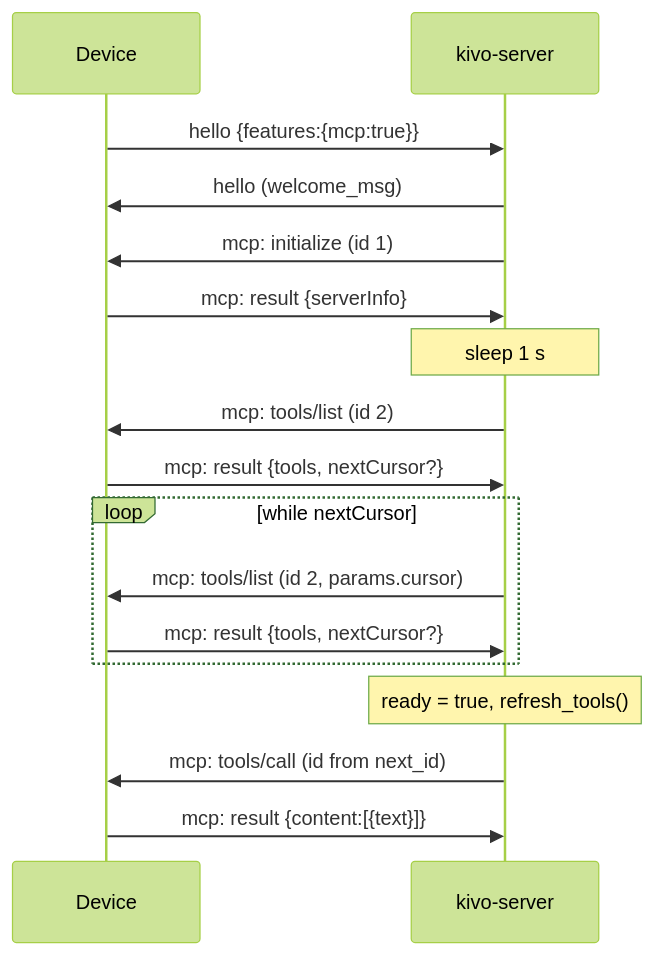
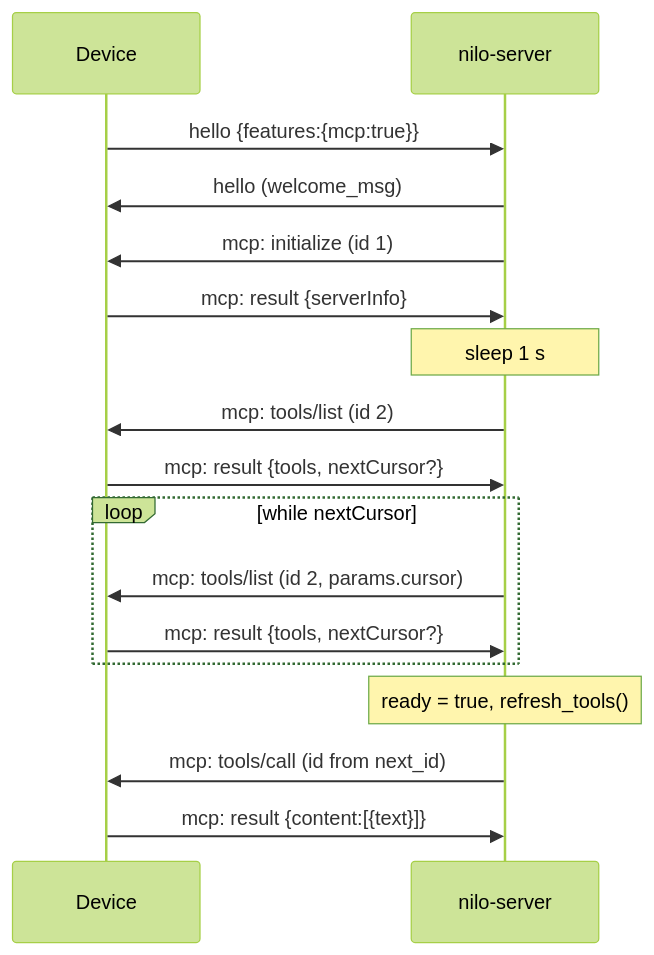
The second of 3 diagrams in docs/mcp.md (AA-Box/Nilo), drawn with Mermaid (forest theme) before and after one commit. The commit also changed other lines of this file and 307 other files, not shown here.

````diff
--- a/docs/mcp.md
+++ b/docs/mcp.md
@@ -125,19 +125,19 @@
 ```mermaid
 sequenceDiagram
     participant D as Device
-    participant S as kivo-server
+    participant S as nilo-server
     D->>S: hello {features:{mcp:true}}
     S->>D: hello (welcome_msg)
     S->>D: mcp: initialize (id 1)
     D->>S: mcp: result {serverInfo}
     Note over S: sleep 1 s
     S->>D: mcp: tools/list (id 2)
     D->>S: mcp: result {tools, nextCursor?}
     loop while nextCursor
         S->>D: mcp: tools/list (id 2, params.cursor)
         D->>S: mcp: result {tools, nextCursor?}
     end
     Note over S: ready = true, refresh_tools()
     S->>D: mcp: tools/call (id from next_id)
     D->>S: mcp: result {content:[{text}]}
 ```
````
